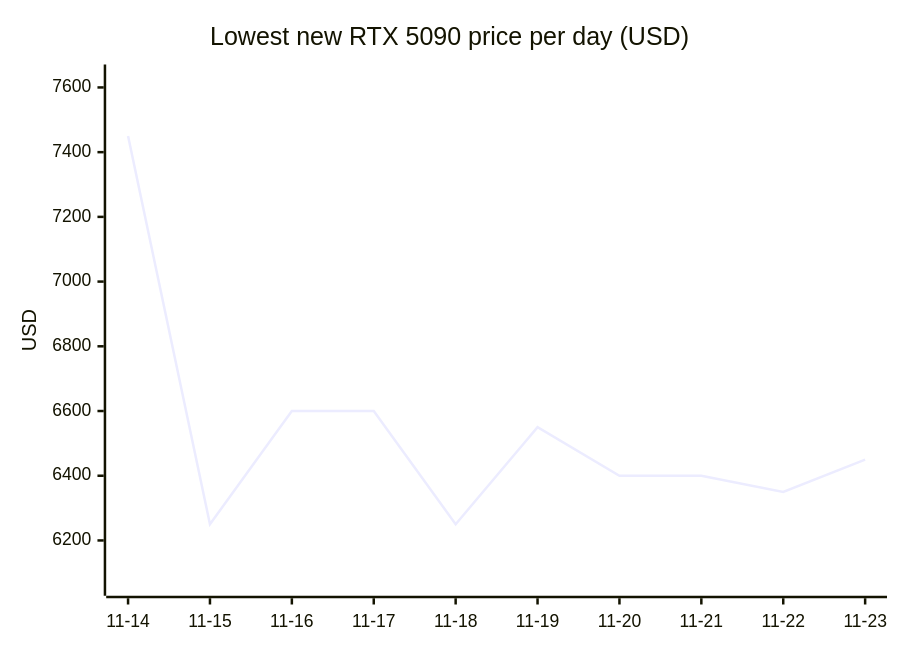
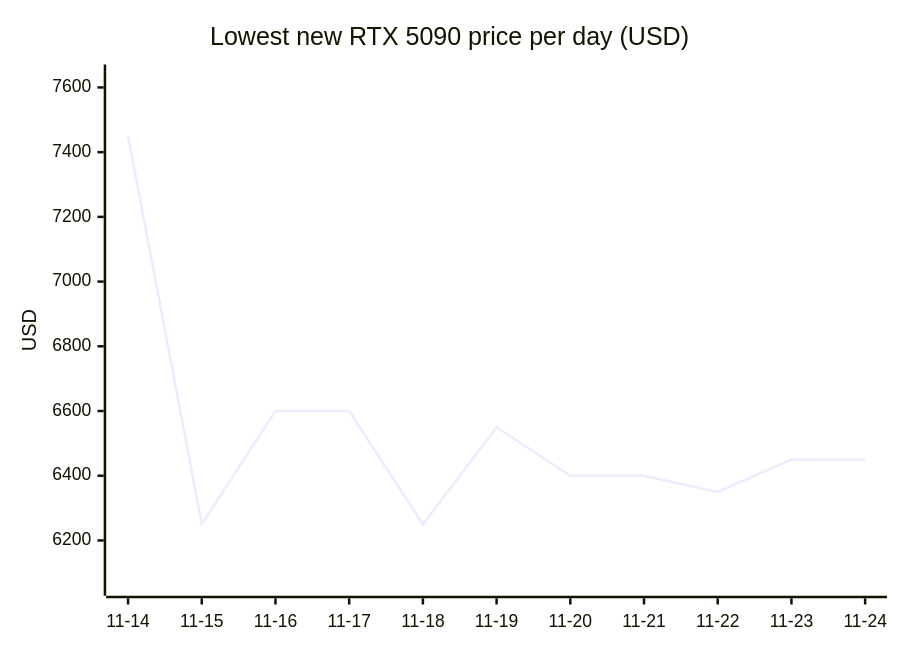
Before and after one commit to 7324136828/4tb_ssd_price_watch: the sixth of 18 diagrams in README.md, drawn with Mermaid. The commit also changed other lines of this file, not shown here.

````diff
--- a/README.md
+++ b/README.md
@@ -857,7 +918,7 @@
 ```mermaid
 xychart-beta
     title "Lowest new RTX 5090 price per day (USD)"
-    x-axis ["11-14", "11-15", "11-16", "11-17", "11-18", "11-19", "11-20", "11-21", "11-22", "11-23"]
+    x-axis ["11-14", "11-15", "11-16", "11-17", "11-18", "11-19", "11-20", "11-21", "11-22", "11-23", "11-24"]
     y-axis "USD" 6060 --> 7640
-    line [7450.00, 6249.99, 6599.99, 6599.99, 6249.99, 6549.99, 6399.99, 6399.99, 6349.99, 6449.99]
+    line [7450.00, 6249.99, 6599.99, 6599.99, 6249.99, 6549.99, 6399.99, 6399.99, 6349.99, 6449.99, 6449.99]
 ```
````
